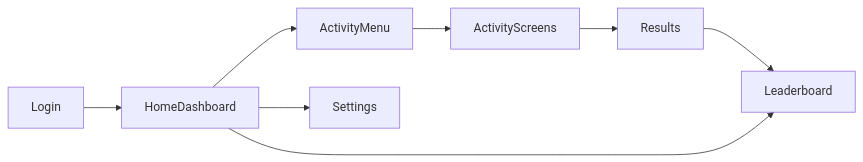
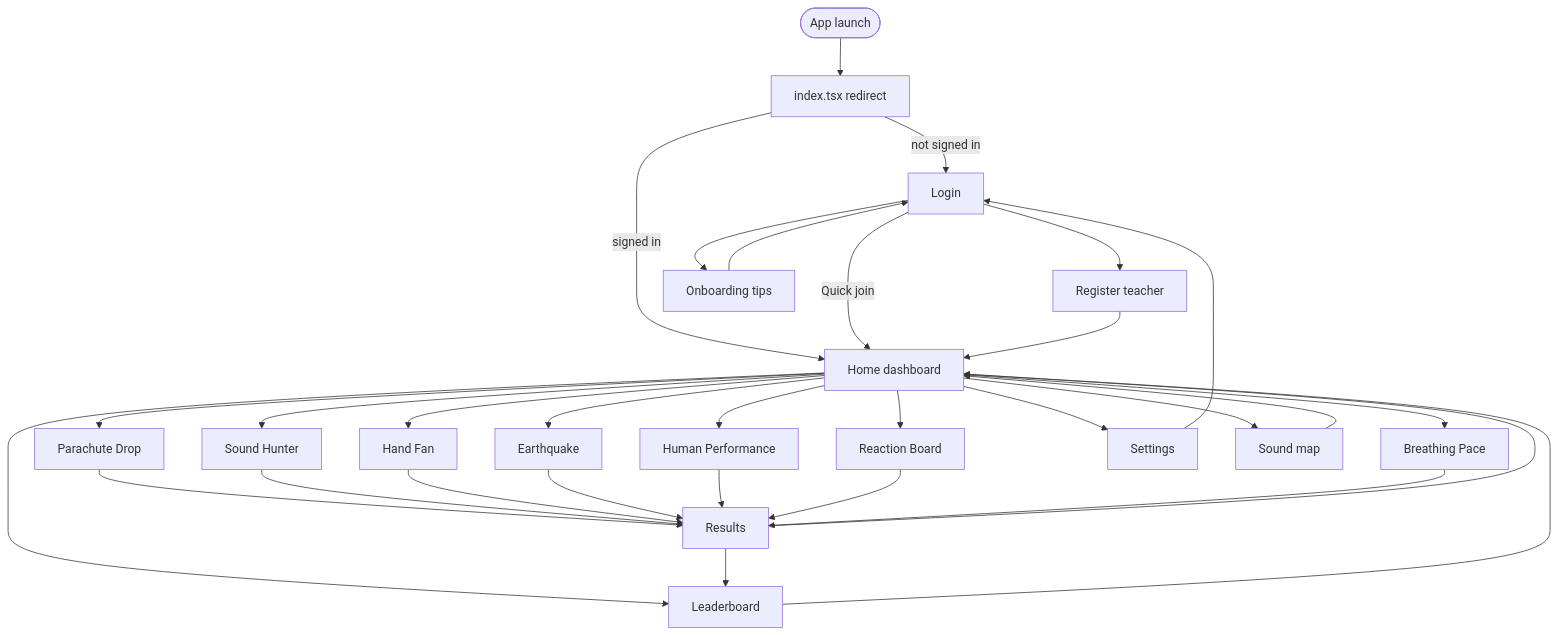
The diagram in docs/sprint-2/screen-flow.md (vivekyadav911/ocupulse), drawn with Mermaid before and after one commit. The commit also changed other lines of this file and 19 other files, not shown here.

First line of the commit message:
docs(sprint-2): US8 wireframes and screen-flow router mapping

````diff
--- a/docs/sprint-2/screen-flow.md
+++ b/docs/sprint-2/screen-flow.md
@@ -22,10 +33,37 @@
 ```mermaid
-flowchart LR
-  login[Login] --> home[HomeDashboard]
-  home --> act[ActivityMenu]
-  act --> exp[ActivityScreens]
-  exp --> res[Results]
-  res --> lb[Leaderboard]
-  home --> lb
+flowchart TD
+  start([App launch]) --> index[index.tsx redirect]
+  index -->|not signed in| login[Login]
+  index -->|signed in| home[Home dashboard]
+
+  login -->|Quick join| home
+  login --> register[Register teacher]
+  login --> onboarding[Onboarding tips]
+  register --> home
+  onboarding --> login
+
+  home --> parachute[Parachute Drop]
+  home --> sound[Sound Hunter]
+  home --> handfan[Hand Fan]
+  home --> earthquake[Earthquake]
+  home --> humanperf[Human Performance]
+  home --> reaction[Reaction Board]
+  home --> breathing[Breathing Pace]
+  home --> leaderboard[Leaderboard]
   home --> settings[Settings]
+  home --> soundmap[Sound map]
+
+  parachute --> results[Results]
+  sound --> results
+  handfan --> results
+  earthquake --> results
+  humanperf --> results
+  reaction --> results
+  breathing --> results
+
+  results --> home
+  results --> leaderboard
+  leaderboard --> home
+  settings --> login
+  soundmap --> home
 ```
````
